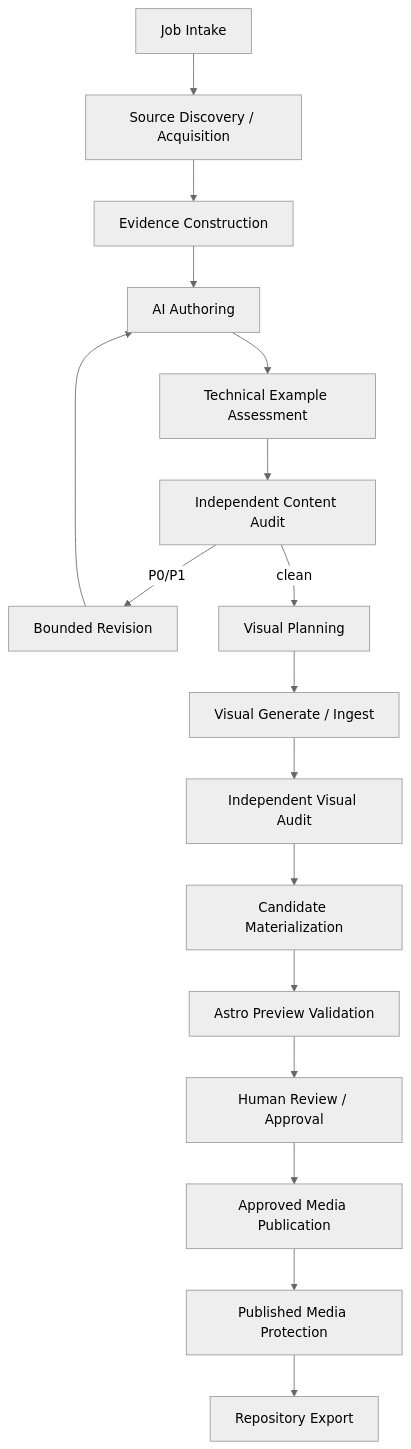
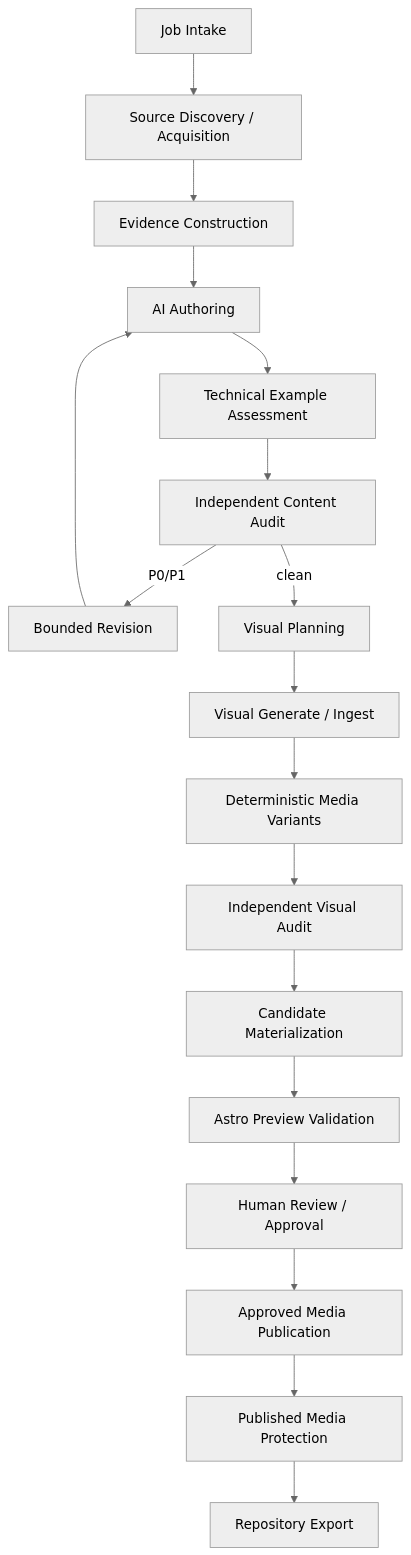
One commit to Xpotato1024/xpotato-site changed the diagram in docs/architecture/article-pipeline.md. Above: the diagram before and after it, drawn with Mermaid (neutral theme). The commit also changed other lines of this file, not shown here.

Commit message:
Add deterministic media variant stage to Article Job

````diff
--- a/docs/architecture/article-pipeline.md
+++ b/docs/architecture/article-pipeline.md
@@ -23,23 +23,24 @@
 ```mermaid
 flowchart TD
     A[Job Intake]
     B[Source Discovery / Acquisition]
     C[Evidence Construction]
     D[AI Authoring]
     E[Technical Example Assessment]
     F[Independent Content Audit]
     G[Bounded Revision]
     H[Visual Planning]
     I[Visual Generate / Ingest]
+    IV[Deterministic Media Variants]
     J[Independent Visual Audit]
     K[Candidate Materialization]
     L[Astro Preview Validation]
     M[Human Review / Approval]
     N[Approved Media Publication]
     O[Published Media Protection]
     P[Repository Export]
 
     A --> B --> C --> D --> E --> F
     F -->|P0/P1| G --> D
-    F -->|clean| H --> I --> J --> K --> L --> M --> N --> O --> P
+    F -->|clean| H --> I --> IV --> J --> K --> L --> M --> N --> O --> P
 ```
````
